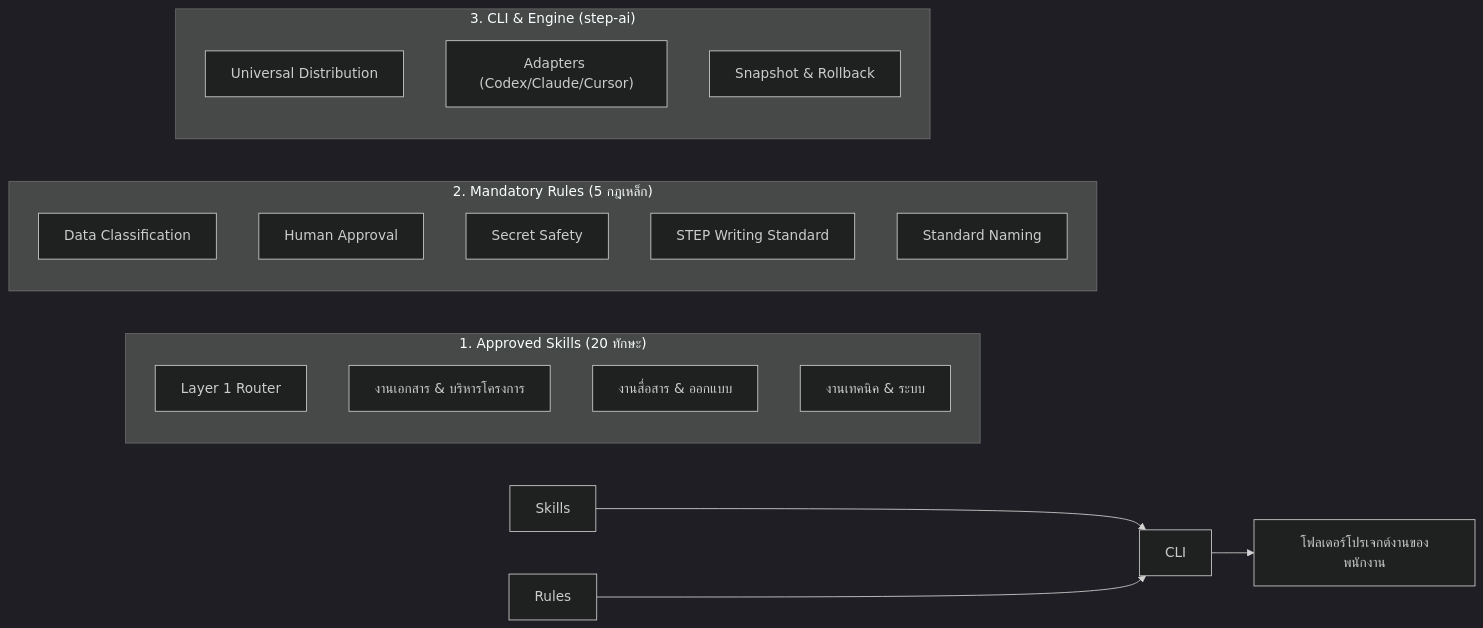
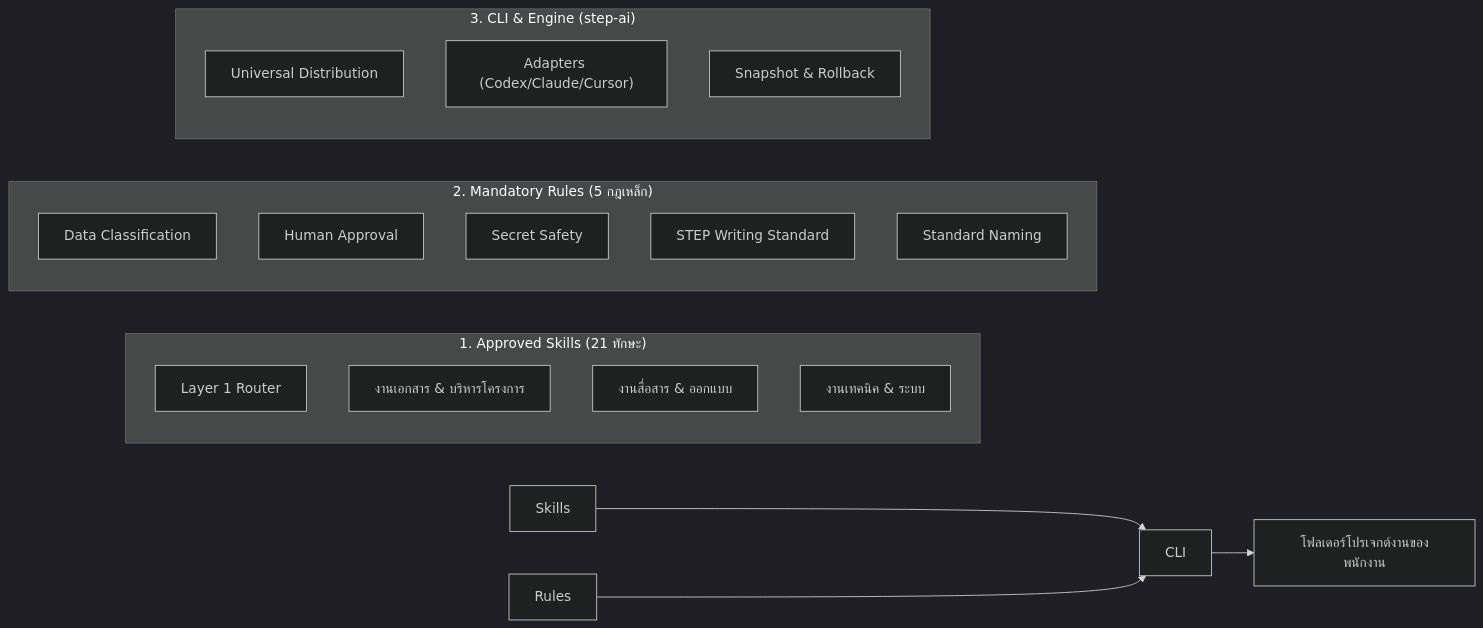
The first of 2 diagrams in README.md (iisara555/STeP-AI-Harness), drawn with Mermaid (dark theme) before and after one commit. The commit also changed other lines of this file and 27 other files, not shown here.

````diff
--- a/README.md
+++ b/README.md
@@ -174,27 +176,27 @@
 ```mermaid
 graph LR
-    subgraph "1. Approved Skills (20 ทักษะ)"
+    subgraph "1. Approved Skills (21 ทักษะ)"
         S0["Layer 1 Router"]
         S1["งานเอกสาร & บริหารโครงการ"]
         S2["งานสื่อสาร & ออกแบบ"]
         S3["งานเทคนิค & ระบบ"]
     end
 
     subgraph "2. Mandatory Rules (5 กฎเหล็ก)"
         R1["Data Classification"]
         R2["Human Approval"]
         R3["Secret Safety"]
         R4["STEP Writing Standard"]
         R5["Standard Naming"]
     end
 
     subgraph "3. CLI & Engine (step-ai)"
         E1["Universal Distribution"]
         E2["Adapters (Codex/Claude/Cursor)"]
         E3["Snapshot & Rollback"]
     end
 
     Skills --> CLI
     Rules --> CLI
     CLI --> Workspaces["โฟลเดอร์โปรเจกต์งานของพนักงาน"]
 ```
````
